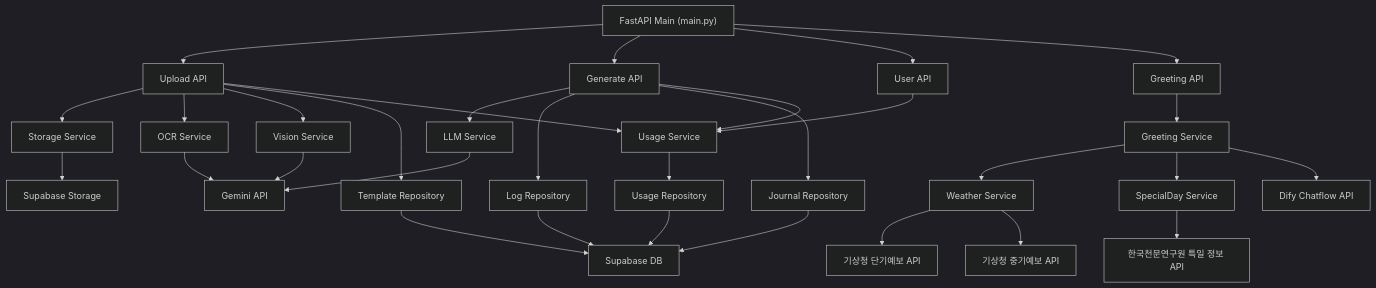
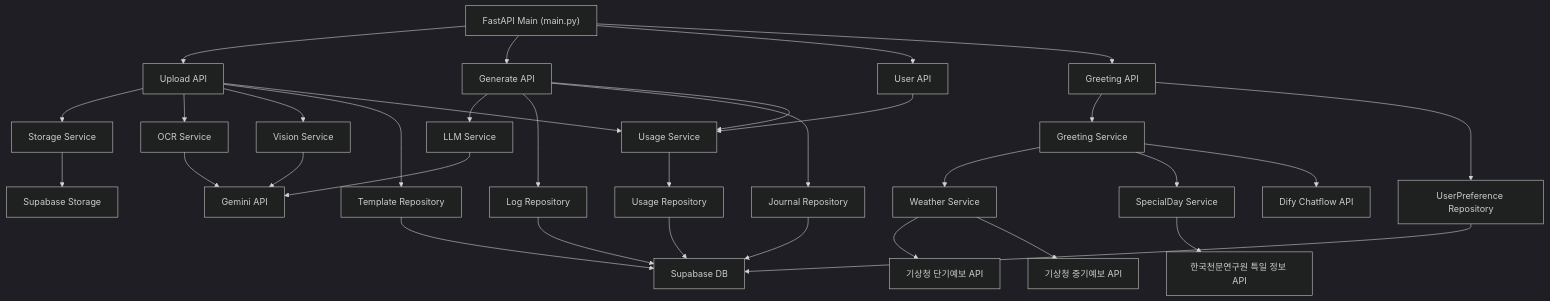
Before and after one commit to vodqar/Nuri-GPT: the diagram in nuri-gpt-backend/docs/ARCHITECTURE.md, drawn with Mermaid (dark theme). The commit also changed other lines of this file and 20 other files, not shown here.

````diff
--- a/nuri-gpt-backend/docs/ARCHITECTURE.md
+++ b/nuri-gpt-backend/docs/ARCHITECTURE.md
@@ -16,39 +16,41 @@
 ```mermaid
 graph TD
     A["FastAPI Main (main.py)"] --> B["Upload API"]
     A --> C["Generate API"]
     A --> D["User API"]
     A --> R["Greeting API"]
 
     B --> E["Storage Service"]
     B --> F["OCR Service"]
     B --> G["Vision Service"]
     B --> H["Template Repository"]
     B --> P["Usage Service"]
 
     C --> I["LLM Service"]
     C --> J["Log Repository"]
     C --> K["Journal Repository"]
     C --> P
 
     D --> P
 
     P --> Q["Usage Repository"]
 
     R --> S["Greeting Service"]
+    R --> UP["UserPreference Repository"]
     S --> T["Weather Service"]
     S --> X["SpecialDay Service"]
     S --> U[Dify Chatflow API]
     T --> V[기상청 단기예보 API]
     T --> W[기상청 중기예보 API]
     X --> Y[한국천문연구원 특일 정보 API]
 
     E --> L[Supabase Storage]
     F --> M[Gemini API]
     G --> M
     I --> M
     H --> O[Supabase DB]
     J --> O
     K --> O
     Q --> O
+    UP --> O
 ```
````
